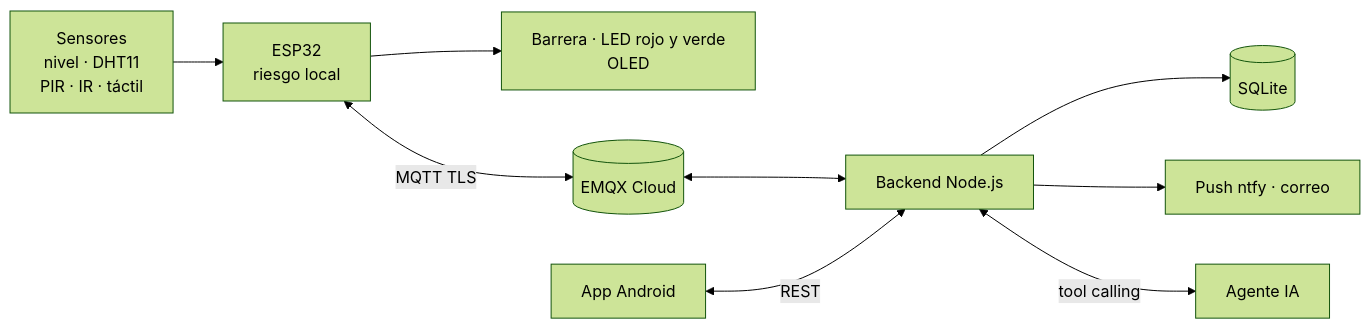
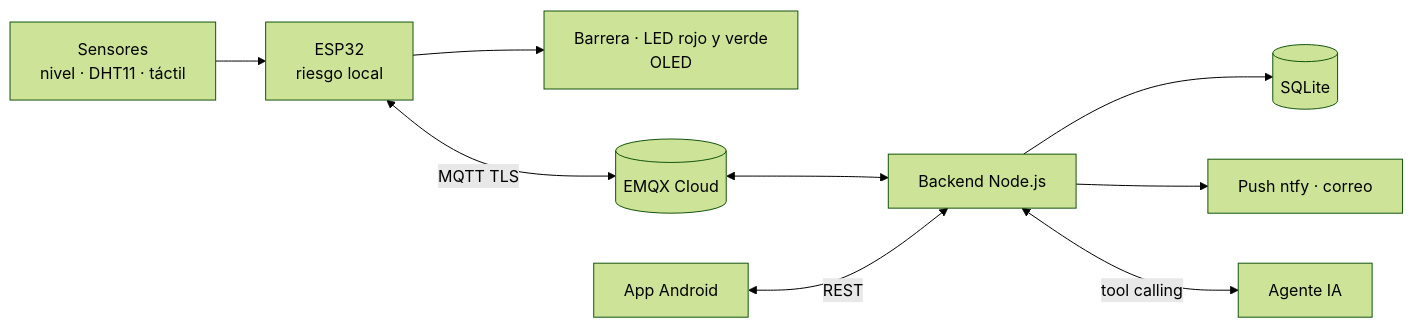
Before and after one commit to SantiagoRicaurte06/Proyecto-ESP32-IoT: the diagram in README.md, drawn with Mermaid (forest theme). The commit also changed other lines of this file and 19 other files, not shown here.

````diff
--- a/README.md
+++ b/README.md
@@ -41,11 +39,11 @@
 ```mermaid
 flowchart LR
-  S["Sensores<br/>nivel · DHT11<br/>PIR · IR · táctil"] --> E["ESP32<br/>riesgo local"]
+  S["Sensores<br/>nivel · DHT11 · táctil"] --> E["ESP32<br/>riesgo local"]
   E --> A["Barrera · LED rojo y verde<br/>OLED"]
   E <-->|MQTT TLS| B[("EMQX Cloud")]
   B <--> K["Backend Node.js"]
   K --> D[("SQLite")]
   K --> N["Push ntfy · correo"]
   APP["App Android"] <-->|REST| K
   K <-->|tool calling| IA["Agente IA"]
 ```
````
